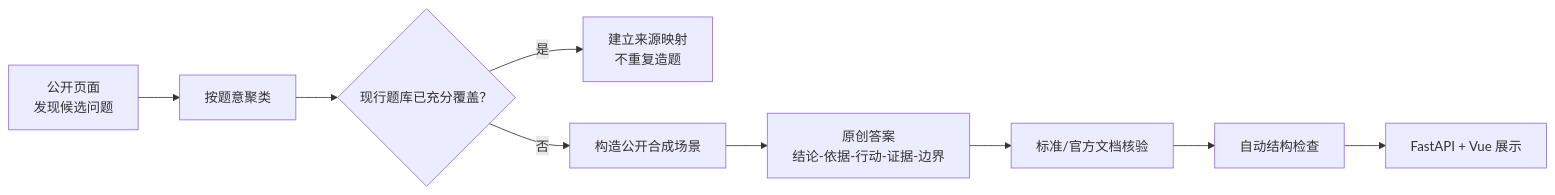
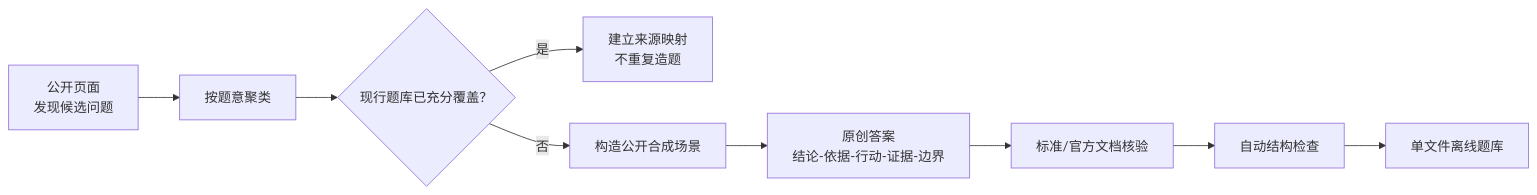
Before and after one commit to vieneny/software_testing: the diagram in docs/08-求职备考/04-面试题库/16-小林Coding测试题库整合/README.md, drawn with Mermaid. The commit also changed other lines of this file and 141 other files, not shown here.

````diff
--- a/docs/08-求职备考/04-面试题库/16-小林Coding测试题库整合/README.md
+++ b/docs/08-求职备考/04-面试题库/16-小林Coding测试题库整合/README.md
@@ -82,11 +82,11 @@
 ```mermaid
 flowchart LR
     A["公开页面<br/>发现候选问题"] --> B["按题意聚类"]
     B --> C{"现行题库已充分覆盖？"}
     C -- "是" --> D["建立来源映射<br/>不重复造题"]
     C -- "否" --> E["构造公开合成场景"]
     E --> F["原创答案<br/>结论-依据-行动-证据-边界"]
     F --> G["标准/官方文档核验"]
     G --> H["自动结构检查"]
-    H --> I["FastAPI + Vue 展示"]
+    H --> I["单文件离线题库"]
 ```
````
